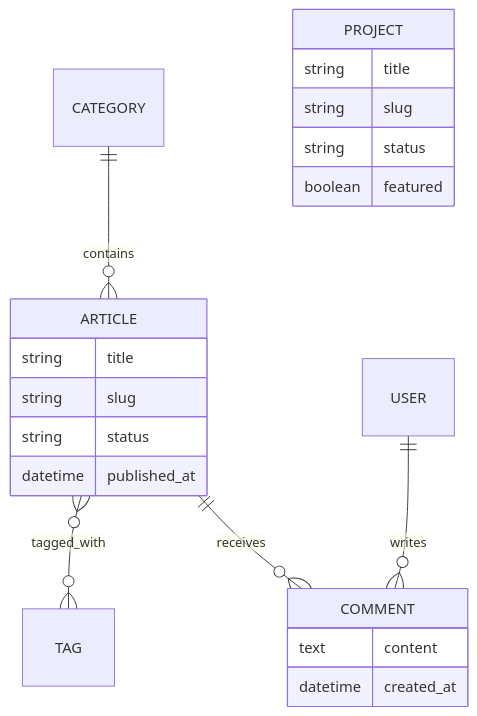
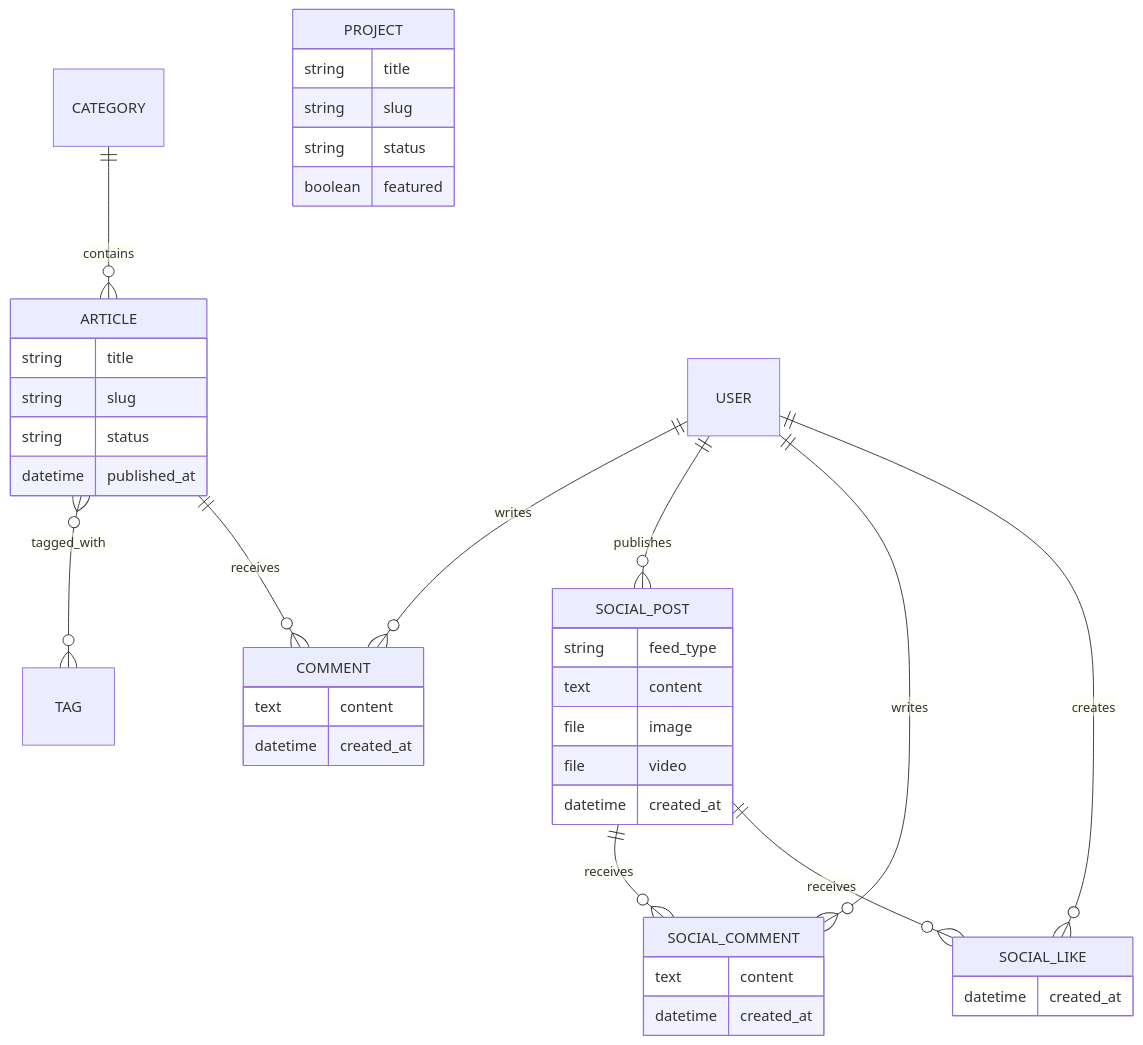
The third of 6 diagrams in docs/architecture.md (key-R7/personal-tech-platform), drawn with Mermaid before and after one commit. The commit also changed other lines of this file and 1 other file, not shown here.

Commit message:
docs: document social features media storage and editable content

````diff
--- a/docs/architecture.md
+++ b/docs/architecture.md
@@ -44,24 +44,43 @@
 ```mermaid
 erDiagram
     CATEGORY ||--o{ ARTICLE : contains
     ARTICLE }o--o{ TAG : tagged_with
     USER ||--o{ COMMENT : writes
     ARTICLE ||--o{ COMMENT : receives
+    USER ||--o{ SOCIAL_POST : publishes
+    SOCIAL_POST ||--o{ SOCIAL_COMMENT : receives
+    USER ||--o{ SOCIAL_COMMENT : writes
+    SOCIAL_POST ||--o{ SOCIAL_LIKE : receives
+    USER ||--o{ SOCIAL_LIKE : creates
 
     ARTICLE {
         string title
         string slug
         string status
         datetime published_at
     }
     PROJECT {
         string title
         string slug
         string status
         boolean featured
     }
     COMMENT {
         text content
         datetime created_at
     }
+    SOCIAL_POST {
+        string feed_type
+        text content
+        file image
+        file video
+        datetime created_at
+    }
+    SOCIAL_COMMENT {
+        text content
+        datetime created_at
+    }
+    SOCIAL_LIKE {
+        datetime created_at
+    }
 ```
````
